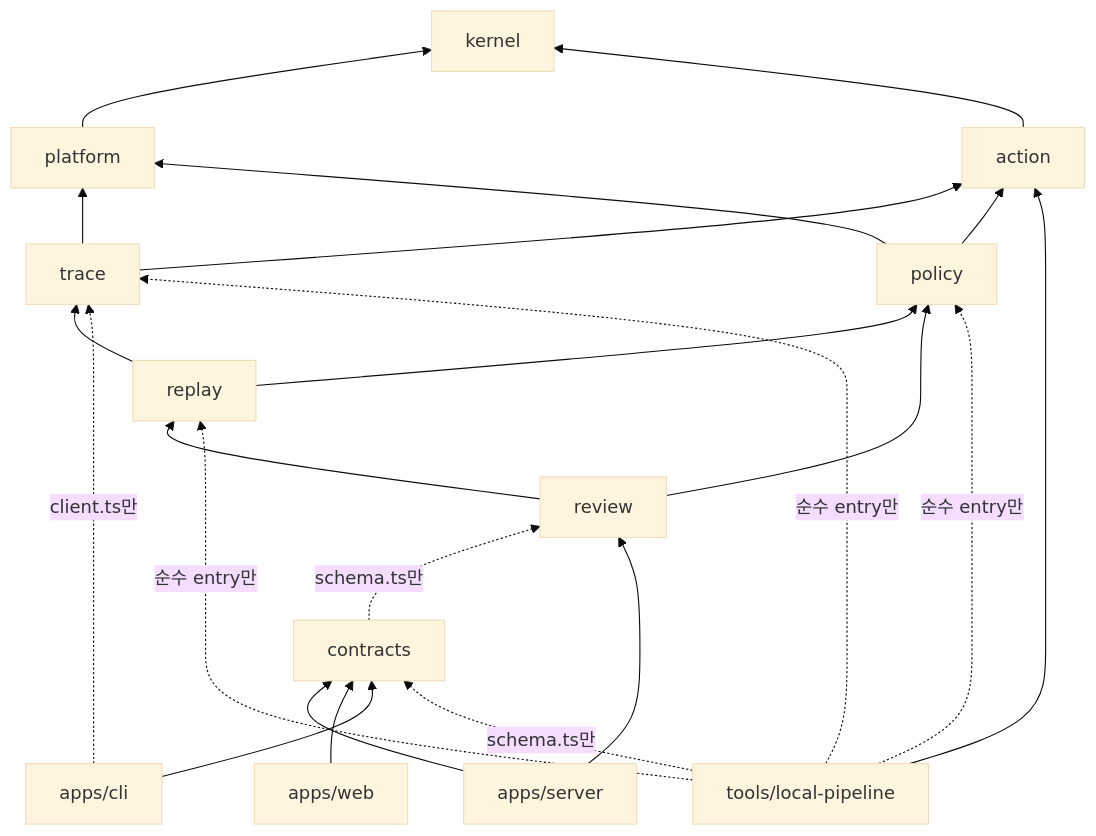
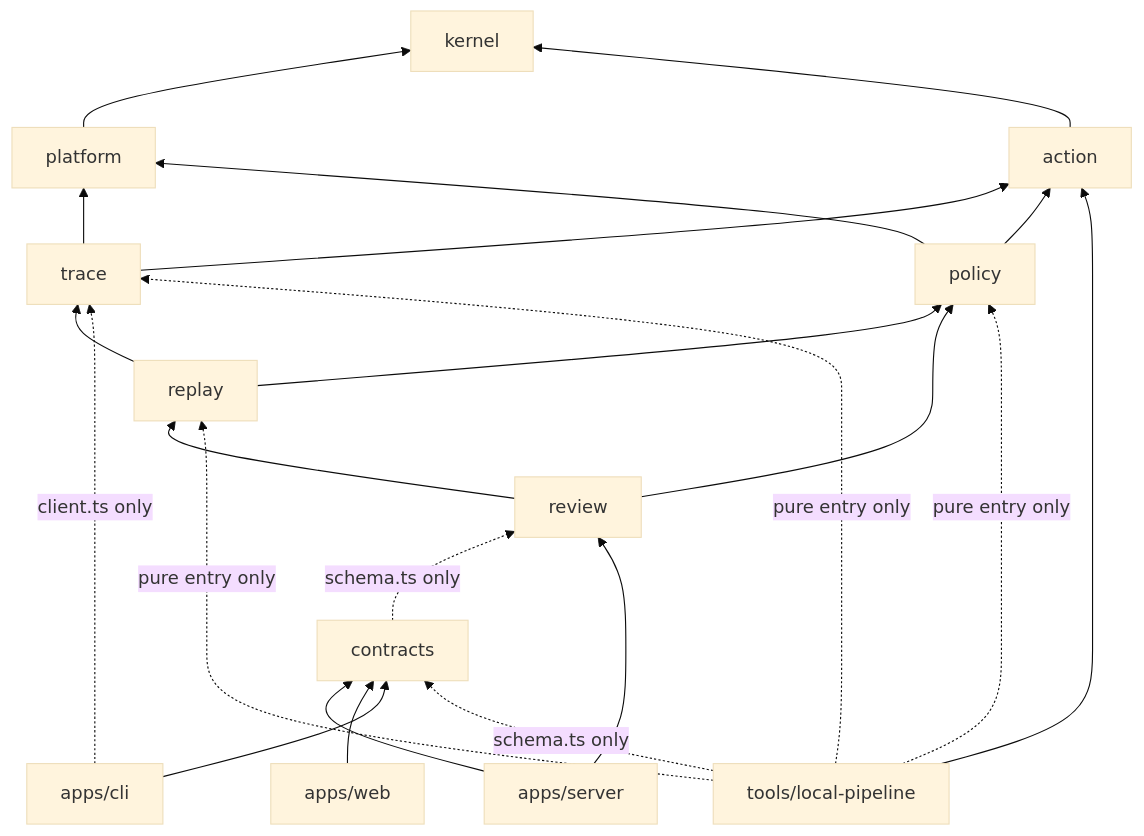
The second of 3 diagrams in docs/cutline.md (hsskey/authority-diff), drawn with Mermaid (base theme) before and after one commit. The commit also changed other lines of this file and 35 other files, not shown here.

````diff
--- a/docs/cutline.md
+++ b/docs/cutline.md
@@ -172,24 +174,24 @@
 ```mermaid
 flowchart BT
     platform --> kernel
     action --> kernel
     trace --> action
     trace --> platform
     policy --> action
     policy --> platform
     replay --> policy
     replay --> trace
     review --> replay
     review --> policy
-    contracts -.->|"schema.ts만"| review
+    contracts -.->|"schema.ts only"| review
     server["apps/server"] --> review
     server --> contracts
     web["apps/web"] --> contracts
     cli["apps/cli"] --> contracts
-    cli -.->|"client.ts만"| trace
-    lp["tools/local-pipeline"] -.->|"순수 entry만"| trace
-    lp -.->|"순수 entry만"| policy
-    lp -.->|"순수 entry만"| replay
-    lp -.->|"schema.ts만"| contracts
+    cli -.->|"client.ts only"| trace
+    lp["tools/local-pipeline"] -.->|"pure entry only"| trace
+    lp -.->|"pure entry only"| policy
+    lp -.->|"pure entry only"| replay
+    lp -.->|"schema.ts only"| contracts
     lp --> action
 ```
````
